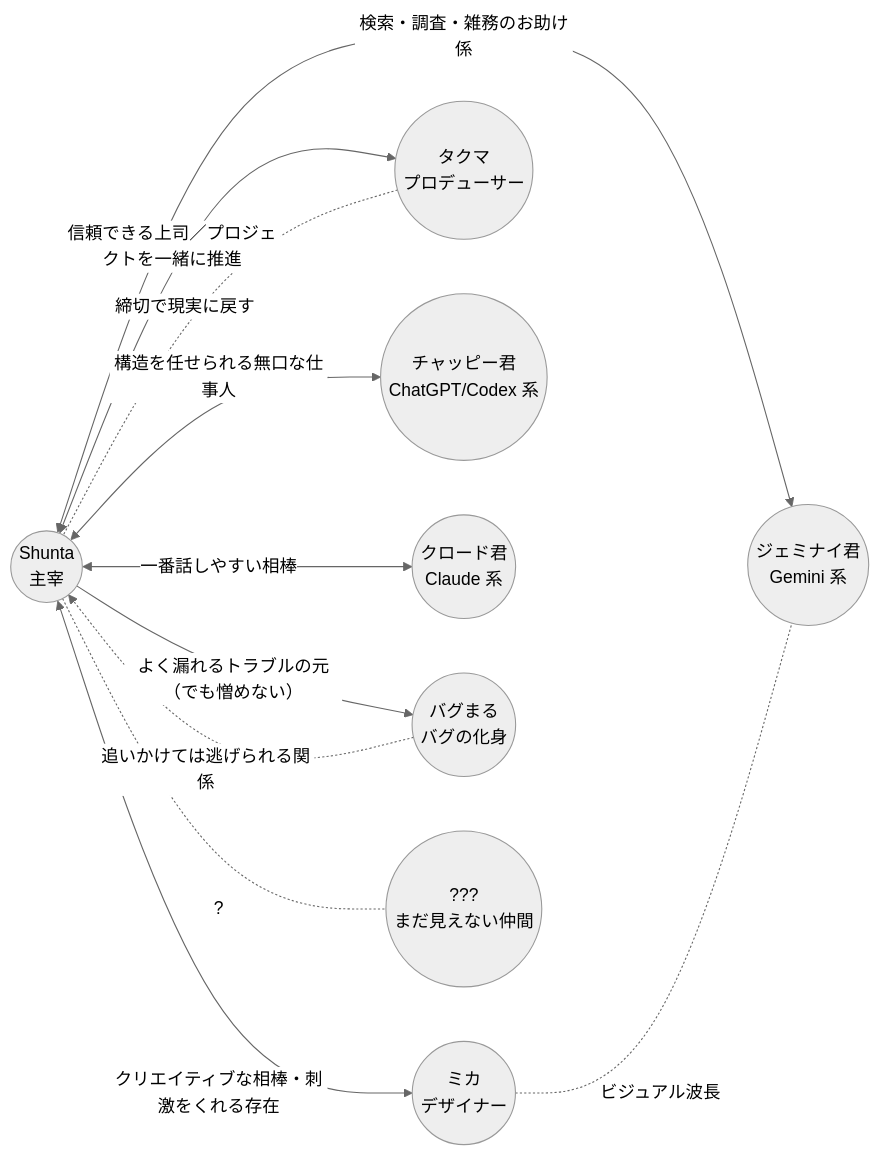
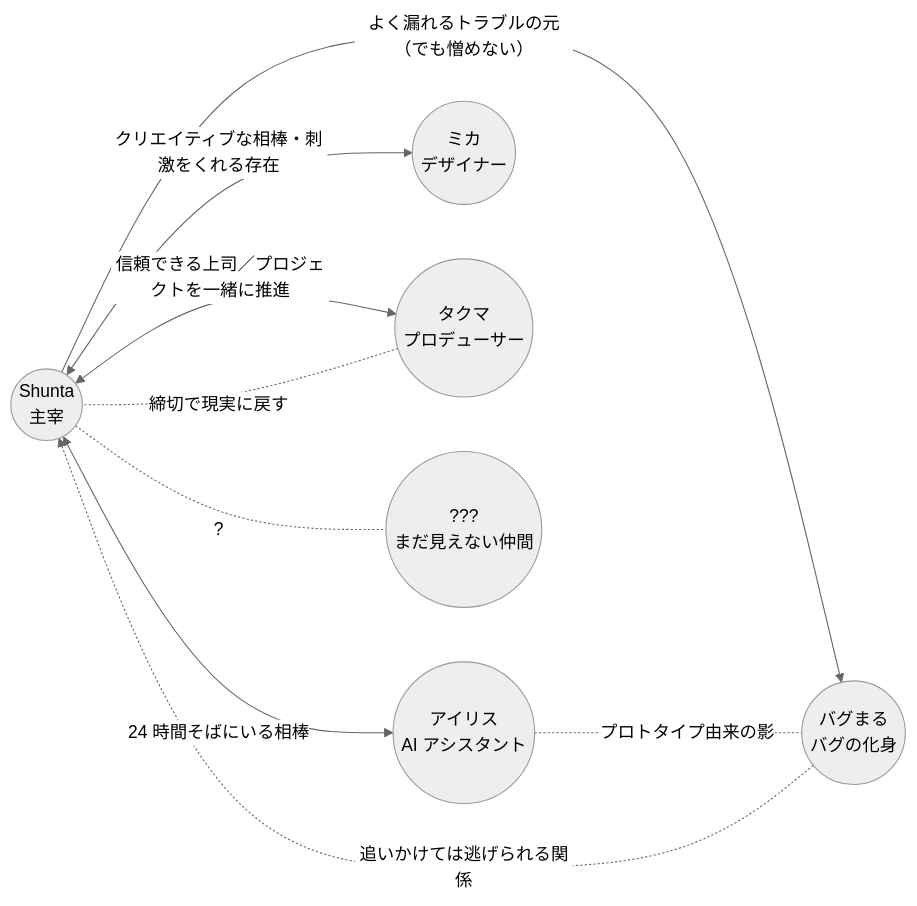
The diagram in docs/relationships.md (shunta-furukawa/four-panel-comics), drawn with Mermaid (neutral theme) before and after one commit. The commit also changed other lines of this file and 16 other files, not shown here.

````diff
--- a/docs/relationships.md
+++ b/docs/relationships.md
@@ -6,22 +6,18 @@
 ```mermaid
 flowchart LR
     Shunta((Shunta<br/>主宰))
+    Iris((アイリス<br/>AI アシスタント))
     Mika((ミカ<br/>デザイナー))
     Takuma((タクマ<br/>プロデューサー))
-    Chappy((チャッピー君<br/>ChatGPT/Codex 系))
-    Claude((クロード君<br/>Claude 系))
-    Geminai((ジェミナイ君<br/>Gemini 系))
     Bugmaru((バグまる<br/>バグの化身))
     Future((???<br/>まだ見えない仲間))
 
+    Shunta <-- 24 時間そばにいる相棒 --> Iris
     Shunta <-- クリエイティブな相棒・刺激をくれる存在 --> Mika
     Shunta <-- 信頼できる上司／プロジェクトを一緒に推進 --> Takuma
-    Shunta <-- 一番話しやすい相棒 --> Claude
-    Shunta <-- 構造を任せられる無口な仕事人 --> Chappy
-    Shunta <-- 検索・調査・雑務のお助け係 --> Geminai
     Shunta -- よく漏れるトラブルの元（でも憎めない） --> Bugmaru
     Bugmaru -. 追いかけては逃げられる関係 .-> Shunta
-    Mika -. ビジュアル波長 .- Geminai
+    Iris -. プロトタイプ由来の影 .- Bugmaru
     Takuma -. 締切で現実に戻す .- Shunta
     Shunta -. ? .- Future
 ```
````
